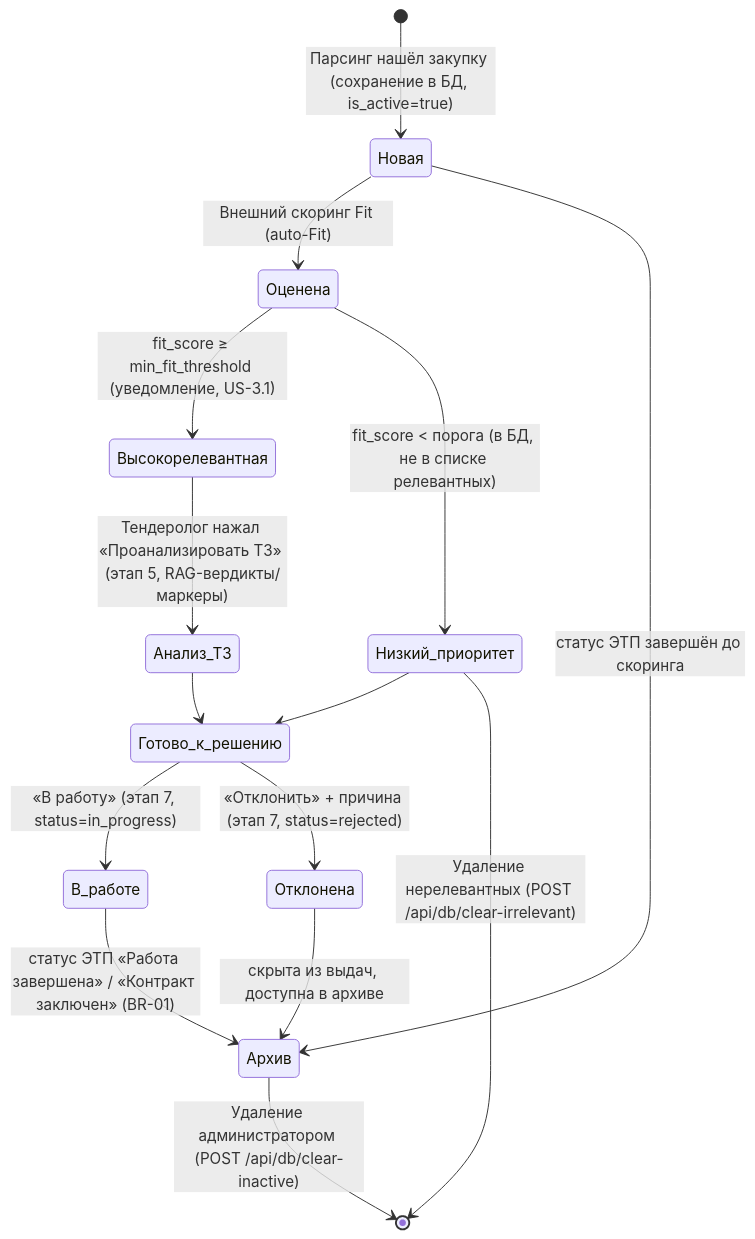
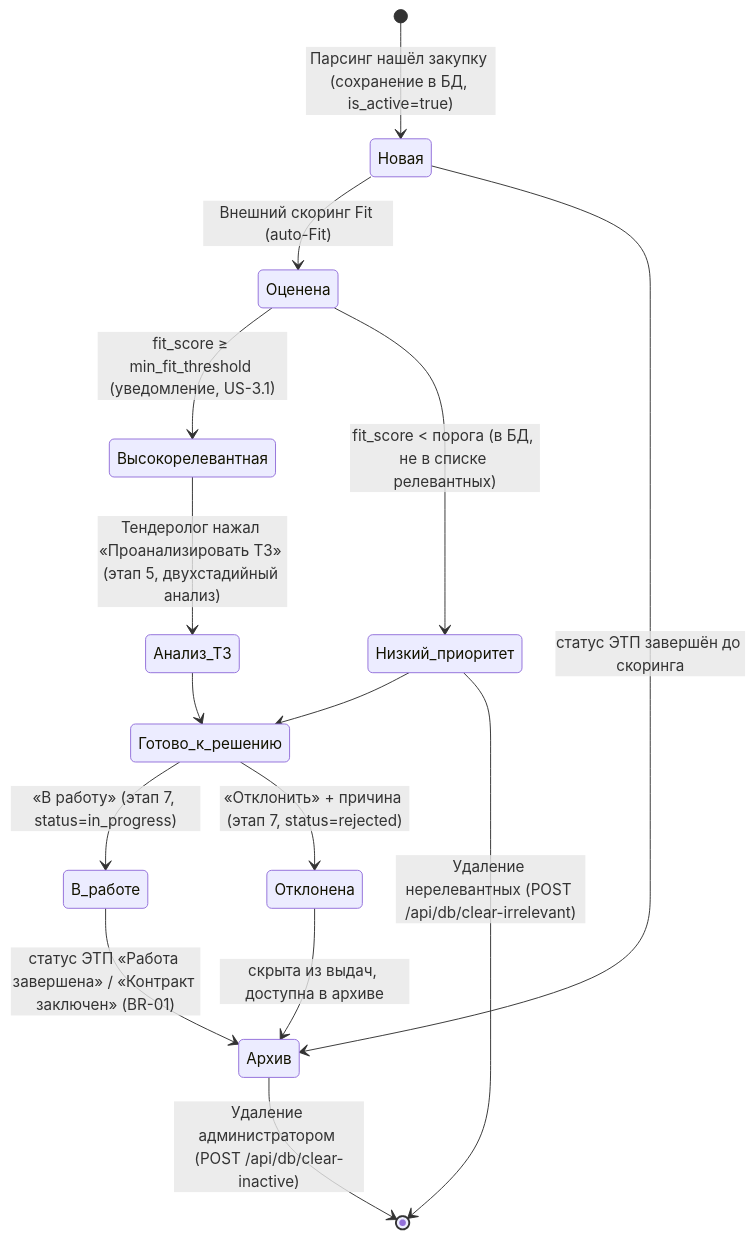
The first of 2 diagrams in docs/system_analysis/05_Diagrams/02_lifecycle_diagram.md (igorvolk1961/zakupki_parser), drawn with Mermaid before and after one commit. The commit also changed other lines of this file and 19 other files, not shown here.

First line of the commit message:
docs: артефакты системного анализа — двухстадийный анализ ТЗ и обязательные системные проверки

````diff
--- a/docs/system_analysis/05_Diagrams/02_lifecycle_diagram.md
+++ b/docs/system_analysis/05_Diagrams/02_lifecycle_diagram.md
@@ -10,23 +10,23 @@
 ```mermaid
 stateDiagram-v2
     [*] --> Новая: Парсинг нашёл закупку (сохранение в БД, is_active=true)
 
     Новая --> Оценена: Внешний скоринг Fit (auto-Fit)
     Оценена --> Высокорелевантная: fit_score ≥ min_fit_threshold (уведомление, US-3.1)
     Оценена --> Низкий_приоритет: fit_score < порога (в БД, не в списке релевантных)
 
-    Высокорелевантная --> Анализ_ТЗ: Тендеролог нажал «Проанализировать ТЗ» (этап 5, RAG-вердикты/маркеры)
+    Высокорелевантная --> Анализ_ТЗ: Тендеролог нажал «Проанализировать ТЗ» (этап 5, двухстадийный анализ)
     Анализ_ТЗ --> Готово_к_решению
 
     Низкий_приоритет --> Готово_к_решению
 
     Готово_к_решению --> В_работе: «В работу» (этап 7, status=in_progress)
     Готово_к_решению --> Отклонена: «Отклонить» + причина (этап 7, status=rejected)
 
     В_работе --> Архив: статус ЭТП «Работа завершена» / «Контракт заключен» (BR-01)
     Новая --> Архив: статус ЭТП завершён до скоринга
     Отклонена --> Архив: скрыта из выдач, доступна в архиве
 
     Архив --> [*]: Удаление администратором (POST /api/db/clear-inactive)
     Низкий_приоритет --> [*]: Удаление нерелевантных (POST /api/db/clear-irrelevant)
 ```
````
